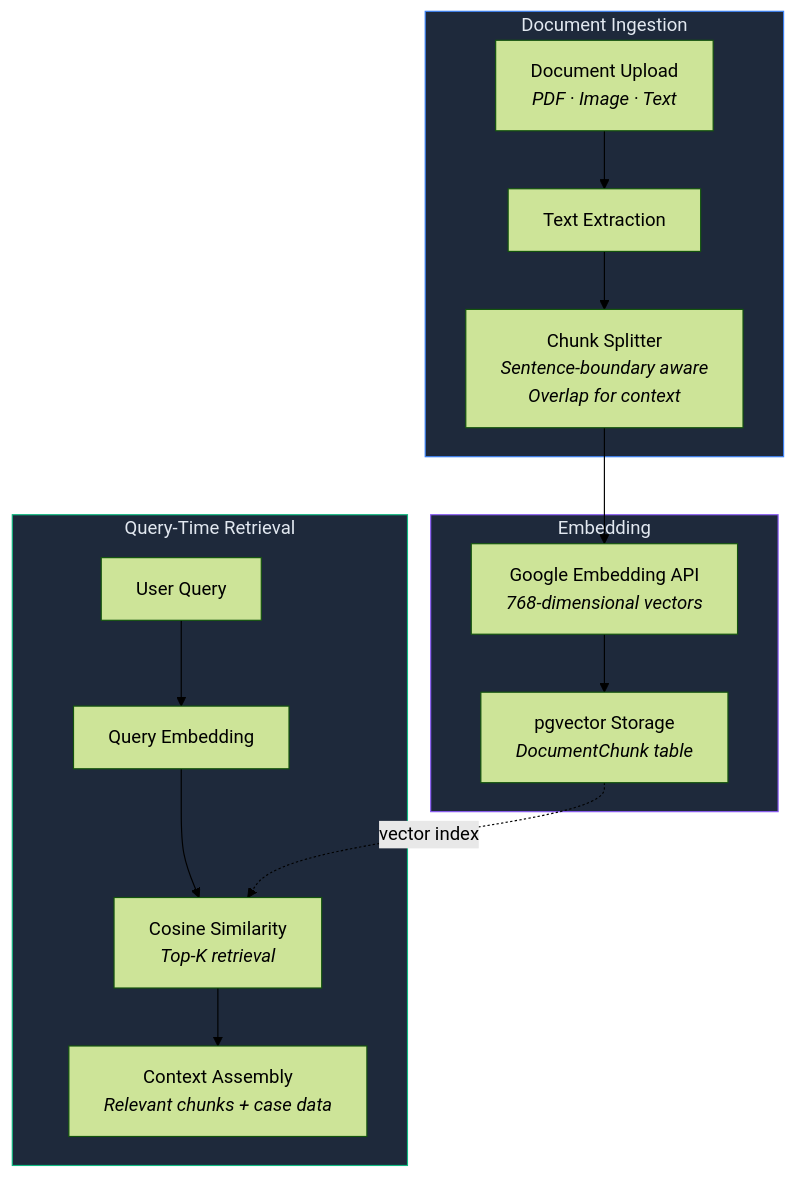
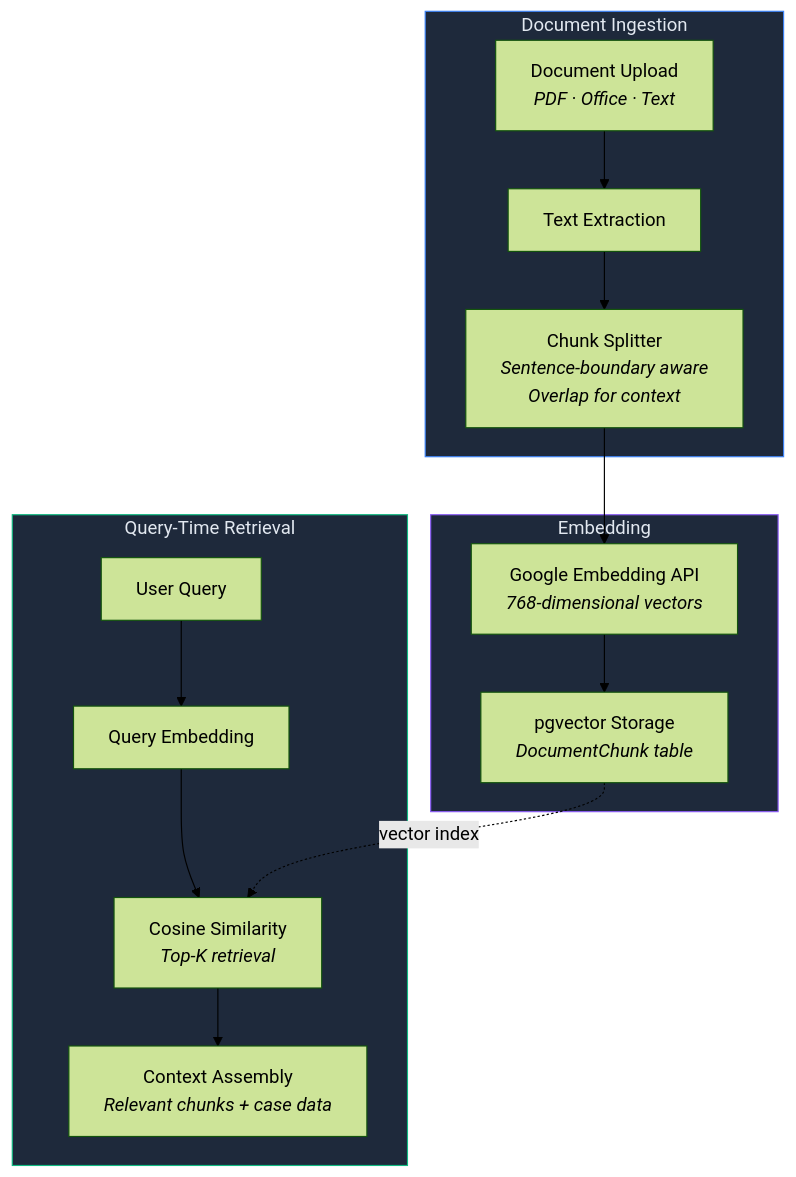
Before and after one commit to EolaFam1828/AetherLegalIntelligence: the third of 11 diagrams in ARCHITECTURE.md, drawn with Mermaid (forest theme). The commit also changed other lines of this file and 2 other files, not shown here.

First line of the commit message:
Sync docs: 40 endpoints, Office doc support, calendar views, demo mode

````diff
--- a/ARCHITECTURE.md
+++ b/ARCHITECTURE.md
@@ -128,28 +128,28 @@
 ```mermaid
 flowchart TB
     subgraph INGEST["Document Ingestion"]
-        UPLOAD["Document Upload<br/><i>PDF · Image · Text</i>"]
+        UPLOAD["Document Upload<br/><i>PDF · Office · Text</i>"]
         EXTRACT["Text Extraction"]
         CHUNK["Chunk Splitter<br/><i>Sentence-boundary aware<br/>Overlap for context</i>"]
     end
 
     subgraph EMBED["Embedding"]
         GEMBED["Google Embedding API<br/><i>768-dimensional vectors</i>"]
         STORE["pgvector Storage<br/><i>DocumentChunk table</i>"]
     end
 
     subgraph RETRIEVE["Query-Time Retrieval"]
         QUERY["User Query"]
         QEMBED["Query Embedding"]
         COSINE["Cosine Similarity<br/><i>Top-K retrieval</i>"]
         CONTEXT["Context Assembly<br/><i>Relevant chunks + case data</i>"]
     end
 
     UPLOAD --> EXTRACT --> CHUNK --> GEMBED --> STORE
     QUERY --> QEMBED --> COSINE --> CONTEXT
     STORE -.->|vector index| COSINE
 
     style INGEST fill:#1e293b,stroke:#3b82f6,color:#e2e8f0
     style EMBED fill:#1e293b,stroke:#8b5cf6,color:#e2e8f0
     style RETRIEVE fill:#1e293b,stroke:#10b981,color:#e2e8f0
 ```
````
